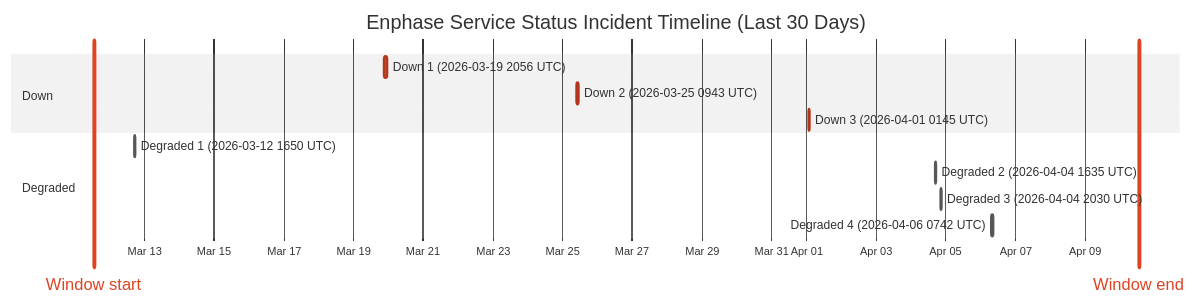
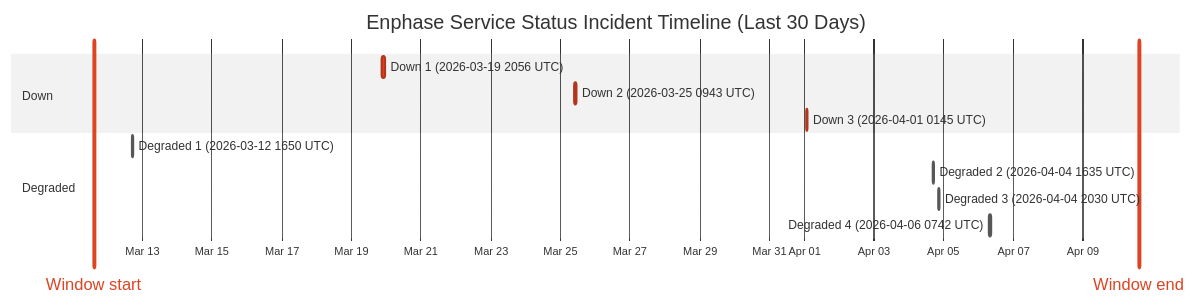
One commit to barneyonline/ha-enphase-ev-charger changed the diagram in wiki/Service-Status-History.md. Above: the diagram before and after it, drawn with Mermaid (neutral theme). The commit also changed other lines of this file and 3 other files, not shown here.

````diff
--- a/wiki/Service-Status-History.md
+++ b/wiki/Service-Status-History.md
@@ -14,17 +14,17 @@
 ```mermaid
 gantt
     title Enphase Service Status Incident Timeline (Last 30 Days)
     dateFormat  YYYY-MM-DDTHH:mm:ss
     axisFormat  %b %d
-    Window start :vert, window-start, 2026-03-11T13:08:12, 0ms
-    Window end :vert, window-end, 2026-04-10T13:08:12, 0ms
+    Window start :vert, window-start, 2026-03-11T14:34:07, 0ms
+    Window end :vert, window-end, 2026-04-10T14:34:07, 0ms
     section Down
     Down 1 (2026-03-19 2056 UTC) :crit, down-1, 2026-03-19T20:56:20, 145m
     Down 2 (2026-03-25 0943 UTC) :crit, down-2, 2026-03-25T09:43:28, 111m
     Down 3 (2026-04-01 0145 UTC) :crit, down-3, 2026-04-01T01:45:09, 60m
     section Degraded
     Degraded 1 (2026-03-12 1650 UTC) :active, degraded-1, 2026-03-12T16:50:43, 60m
     Degraded 2 (2026-04-04 1635 UTC) :active, degraded-2, 2026-04-04T16:35:17, 60m
     Degraded 3 (2026-04-04 2030 UTC) :active, degraded-3, 2026-04-04T20:30:40, 60m
     Degraded 4 (2026-04-06 0742 UTC) :active, degraded-4, 2026-04-06T07:42:09, 85m
 ```
````
